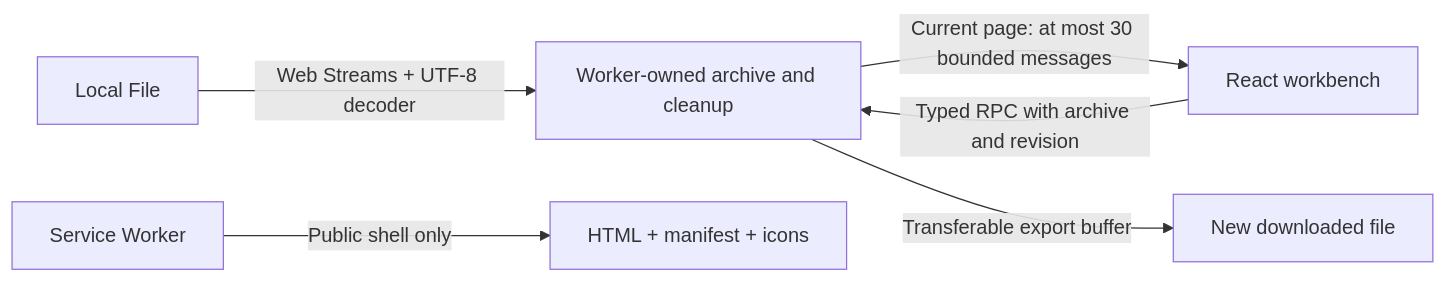
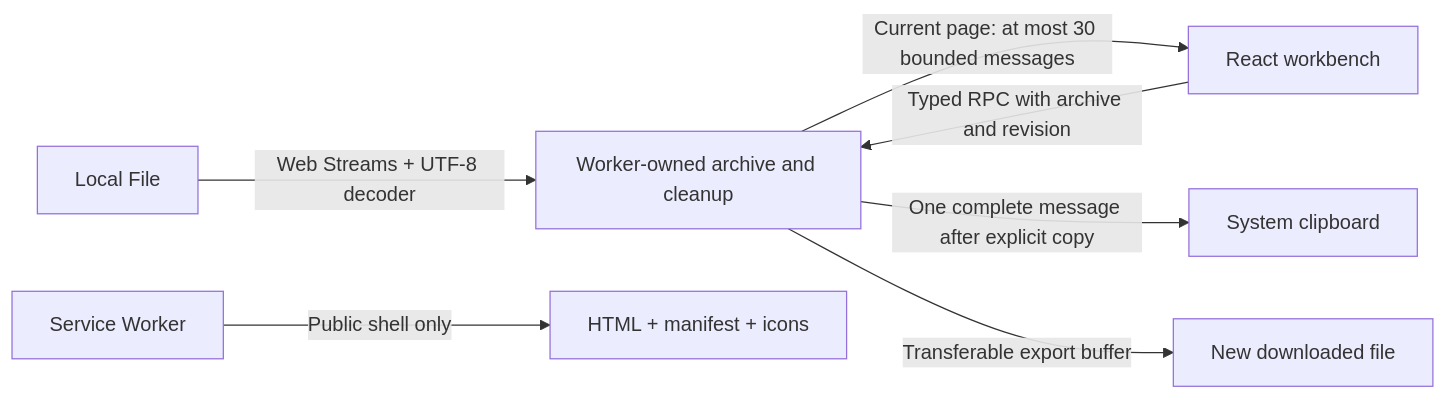
Before and after one commit to hajimi1214/ThreadPack: the diagram in docs/ARCHITECTURE.md, drawn with Mermaid. The commit also changed other lines of this file and 14 other files, not shown here.

Commit message:
feat: add pinned review and full message copy

````diff
--- a/docs/ARCHITECTURE.md
+++ b/docs/ARCHITECTURE.md
@@ -5,8 +5,9 @@
 ```mermaid
 flowchart LR
     File[Local File] -->|Web Streams + UTF-8 decoder| Worker[Worker-owned archive and cleanup]
     UI[React workbench] -->|Typed RPC with archive and revision| Worker
     Worker -->|Current page: at most 30 bounded messages| UI
+    Worker -->|One complete message after explicit copy| Clipboard[System clipboard]
     Worker -->|Transferable export buffer| Download[New downloaded file]
     SW[Service Worker] -->|Public shell only| Cache[HTML + manifest + icons]
 ```
````
